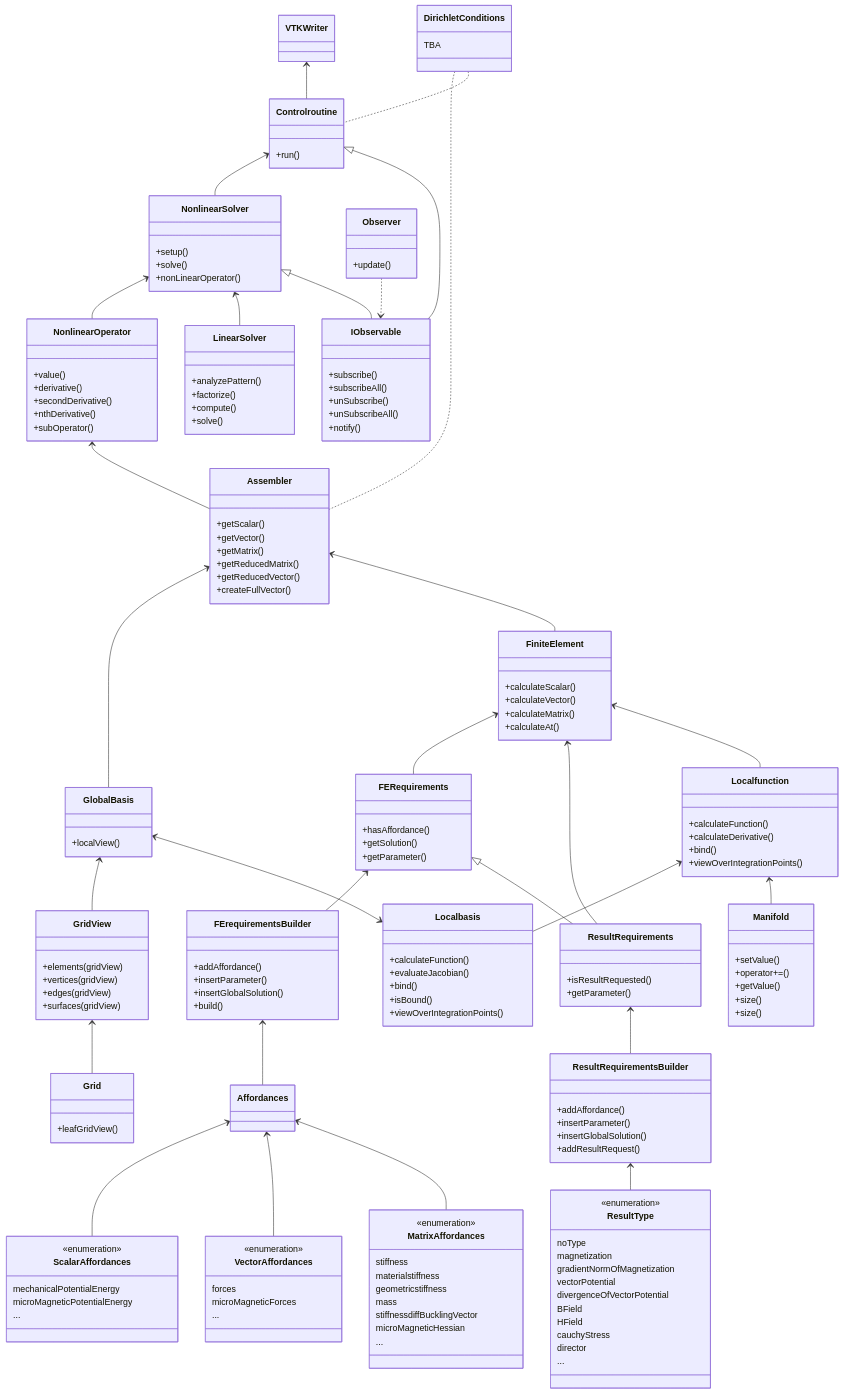
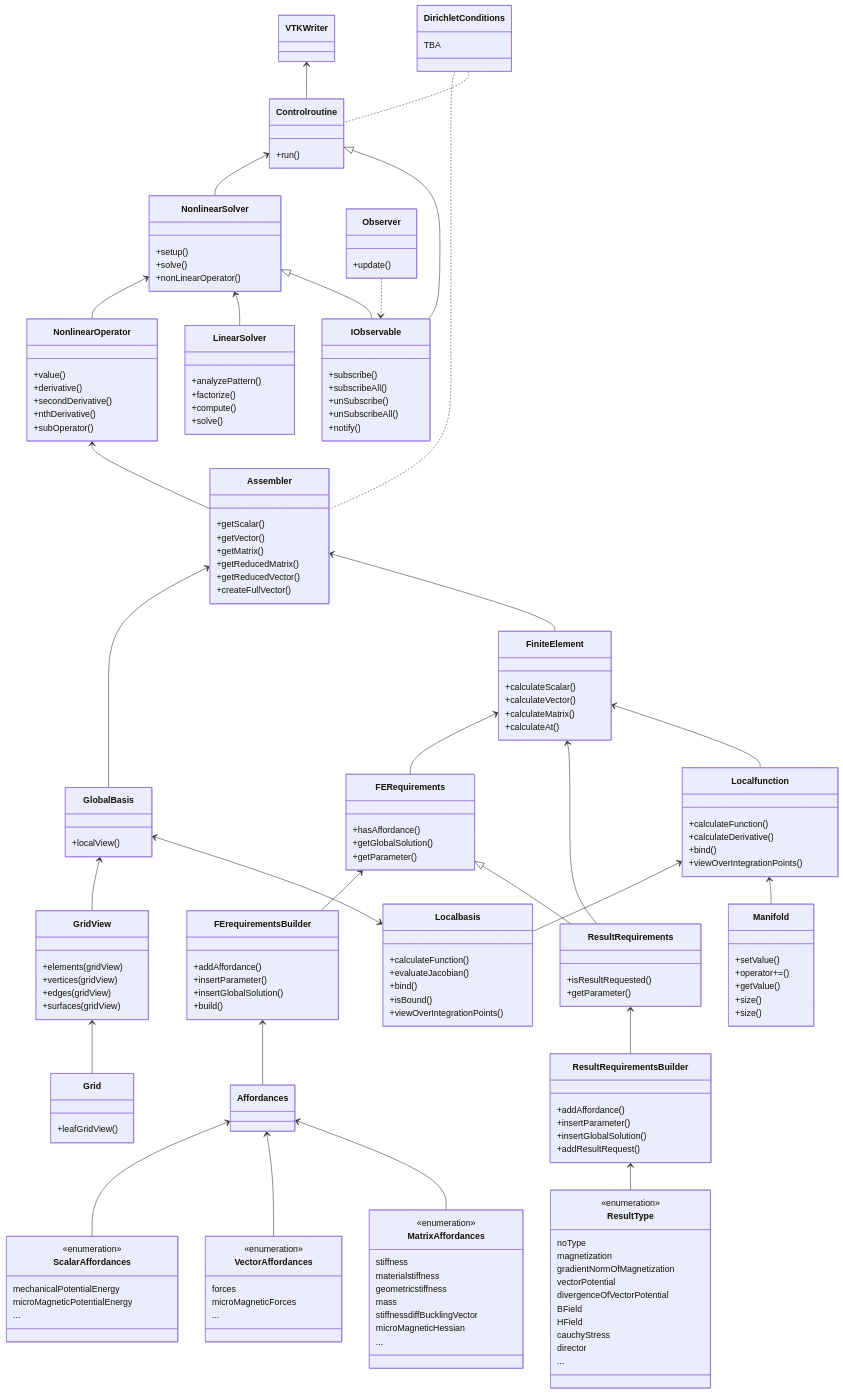
Before and after one commit to ikarus-project/ikarus: the diagram in docs/website/01_theory/overview.md, drawn with Mermaid. The commit also changed 8 other files, not shown here.

```diff
--- a/docs/website/01_theory/overview.md
+++ b/docs/website/01_theory/overview.md
@@ -94,7 +94,7 @@
   
   class FERequirements{
     +hasAffordance()
-    +getSolution()
+    +getGlobalSolution()
     +getParameter()
   } 
   
```
